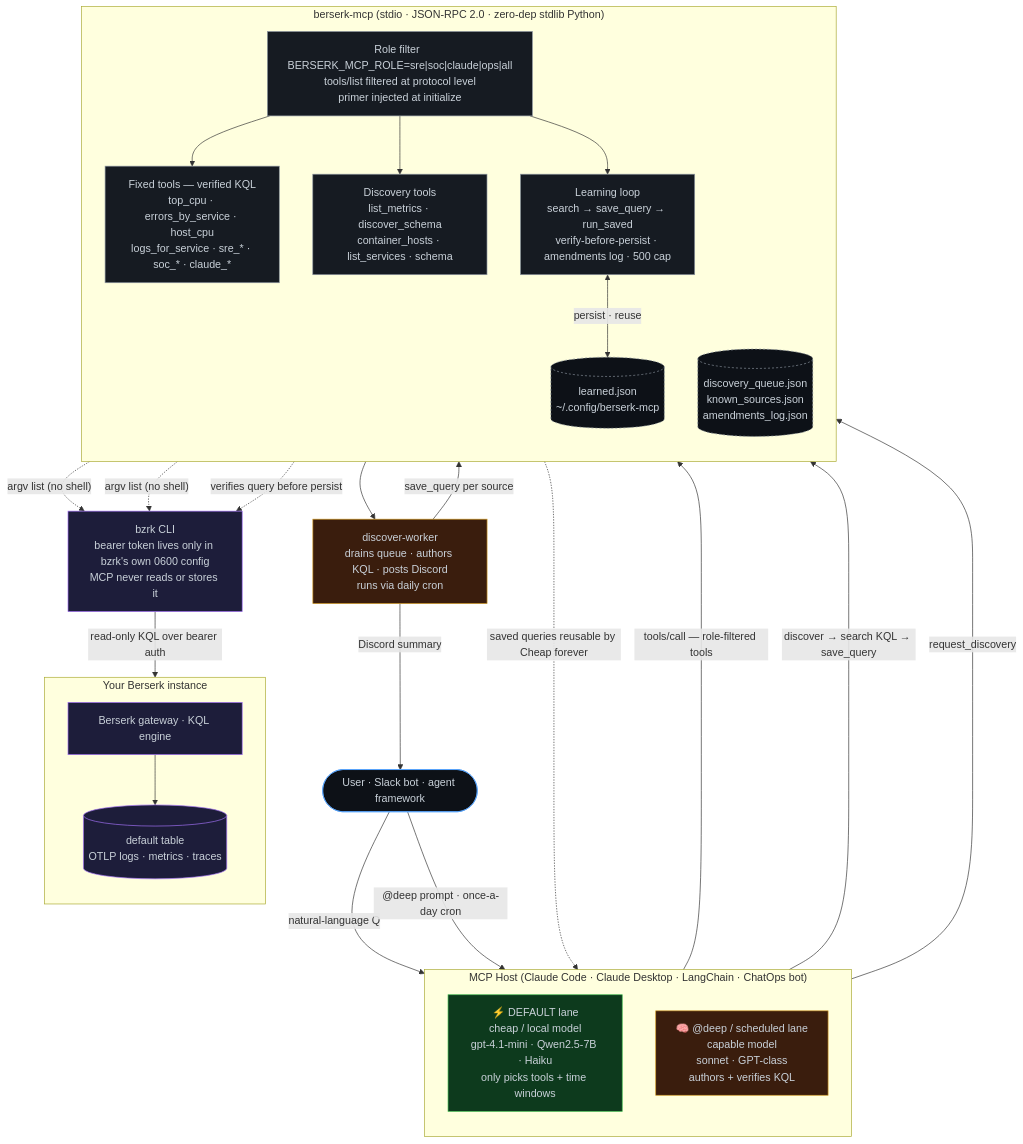
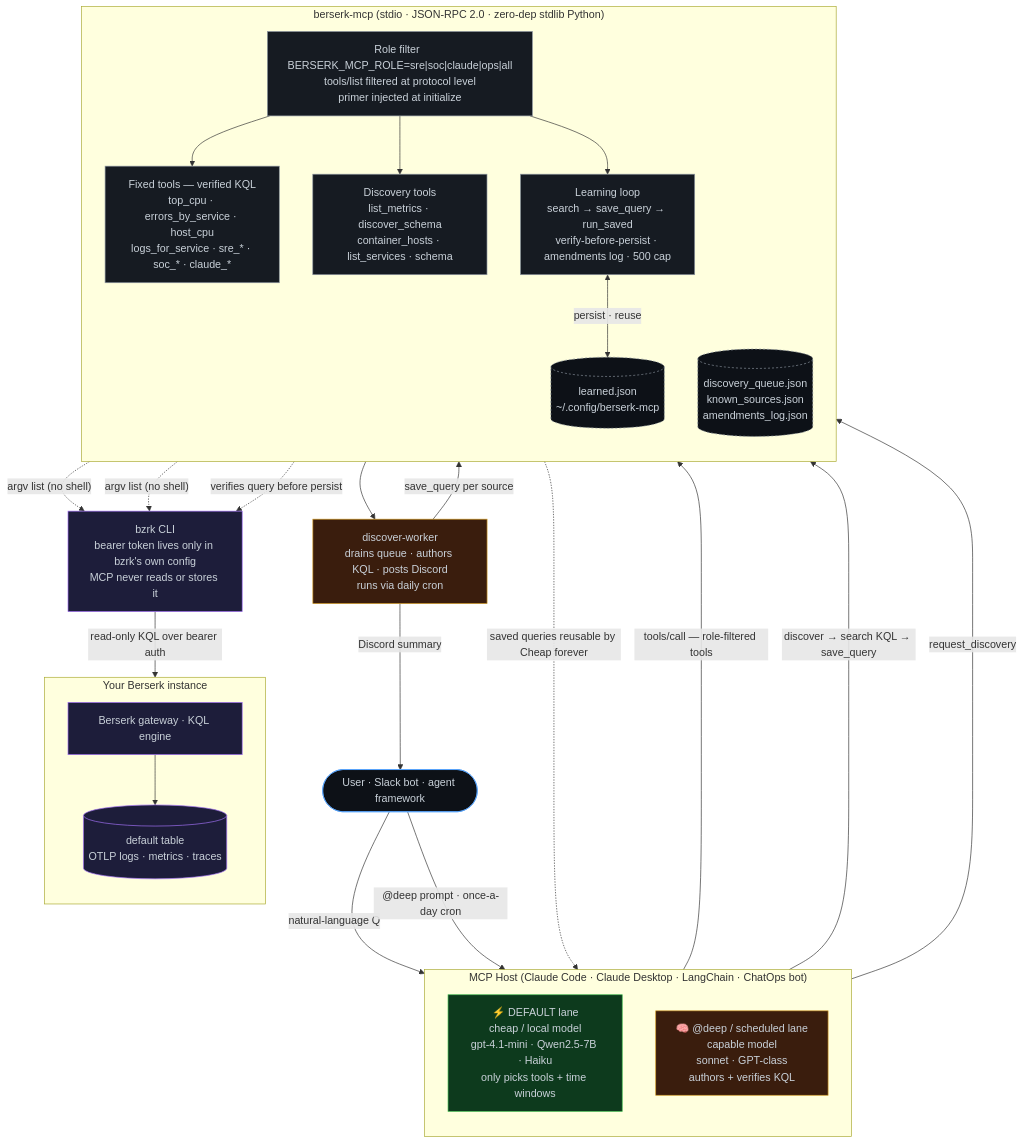
Before and after one commit to ssimonsen0202/berserk_mcp: the diagram in README.md, drawn with Mermaid. The commit also changed other lines of this file and 1 other file, not shown here.

````diff
--- a/README.md
+++ b/README.md
@@ -262,61 +262,61 @@
 ```mermaid
 flowchart TB
   classDef user      fill:#0d1117,stroke:#58a6ff,color:#c9d1d9
   classDef cheap     fill:#0d3a1d,stroke:#3fb950,color:#c9d1d9
   classDef deep      fill:#3a1d0d,stroke:#d29922,color:#c9d1d9
   classDef mcp       fill:#161b22,stroke:#8b949e,color:#c9d1d9
   classDef berserk   fill:#1d1d3a,stroke:#a371f7,color:#c9d1d9
   classDef store     fill:#0d1117,stroke:#8b949e,color:#c9d1d9,stroke-dasharray:3 3
 
   User([User · Slack bot · agent framework]):::user
 
   subgraph H["MCP Host  (Claude Code · Claude Desktop · LangChain · ChatOps bot)"]
     direction TB
     Cheap["⚡ DEFAULT lane\ncheap / local model\ngpt-4.1-mini · Qwen2.5-7B · Haiku\nonly picks tools + time windows"]:::cheap
     Deep["🧠 @deep / scheduled lane\ncapable model\nsonnet · GPT-class\nauthors + verifies KQL"]:::deep
   end
 
   subgraph M["berserk-mcp  (stdio · JSON-RPC 2.0 · zero-dep stdlib Python)"]
     direction TB
     RoleFilter["Role filter  BERSERK_MCP_ROLE=sre|soc|claude|ops|all\ntools/list filtered at protocol level\nprimer injected at initialize"]:::mcp
     Tools["Fixed tools — verified KQL\ntop_cpu · errors_by_service · host_cpu\nlogs_for_service · sre_* · soc_* · claude_*"]:::mcp
     Disc["Discovery tools\nlist_metrics · discover_schema\ncontainer_hosts · list_services · schema"]:::mcp
     Learn["Learning loop\nsearch → save_query → run_saved\nverify-before-persist · amendments log · 500 cap"]:::mcp
     Queue[("discovery_queue.json\nknown_sources.json\namendments_log.json")]:::store
     Store[("learned.json\n~/.config/berserk-mcp")]:::store
   end
 
   Worker["discover-worker\ndrains queue · authors KQL · posts Discord\nruns via daily cron"]:::deep
-  Bzrk["bzrk CLI\nbearer token lives only in bzrk's own 0600 config\nMCP never reads or stores it"]:::berserk
+  Bzrk["bzrk CLI\nbearer token lives only in bzrk's own config\nMCP never reads or stores it"]:::berserk
 
   subgraph B["Your Berserk instance"]
     direction TB
     Gw["Berserk gateway · KQL engine"]:::berserk
     Tbl[("default table\nOTLP logs · metrics · traces")]:::berserk
   end
 
   User -- "natural-language Q" --> Cheap
   User -- "@deep prompt · once-a-day cron" --> Deep
 
   Cheap -- "tools/call — role-filtered tools" --> RoleFilter
   RoleFilter --> Tools
   RoleFilter --> Disc
   RoleFilter --> Learn
 
   Deep -- "discover → search KQL → save_query" --> Learn
   Deep -- "request_discovery" --> Queue
 
   Queue --> Worker
   Worker -- "save_query per source" --> Learn
   Worker -- "Discord summary" --> User
 
   Tools -. "argv list (no shell)" .-> Bzrk
   Disc  -. "argv list (no shell)" .-> Bzrk
   Learn -. "verifies query before persist" .-> Bzrk
   Learn <-->|persist · reuse| Store
 
   Bzrk -- "read-only KQL over bearer auth" --> Gw
   Gw --> Tbl
 
   Learn -. "saved queries reusable by Cheap forever" .-> Cheap
 ```
````
